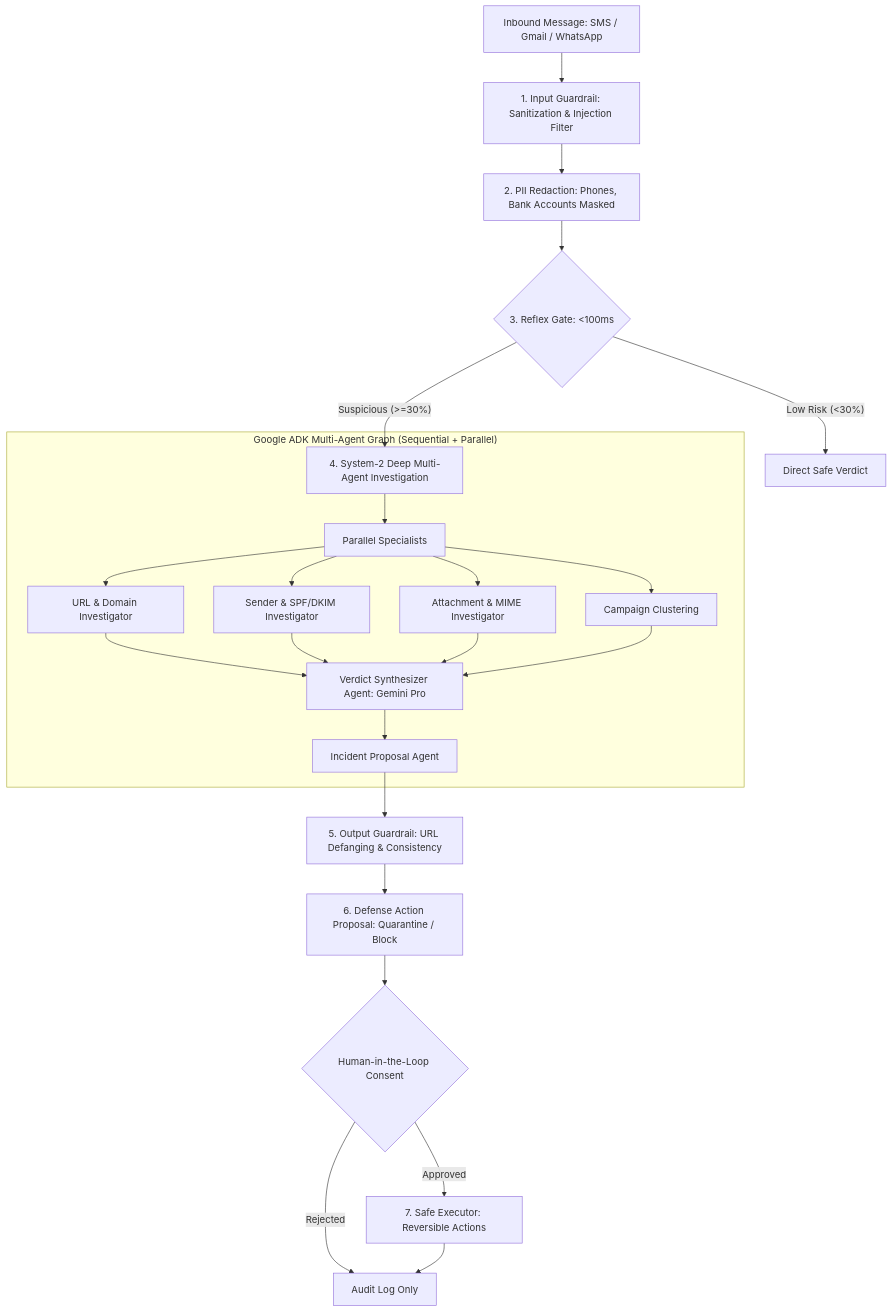
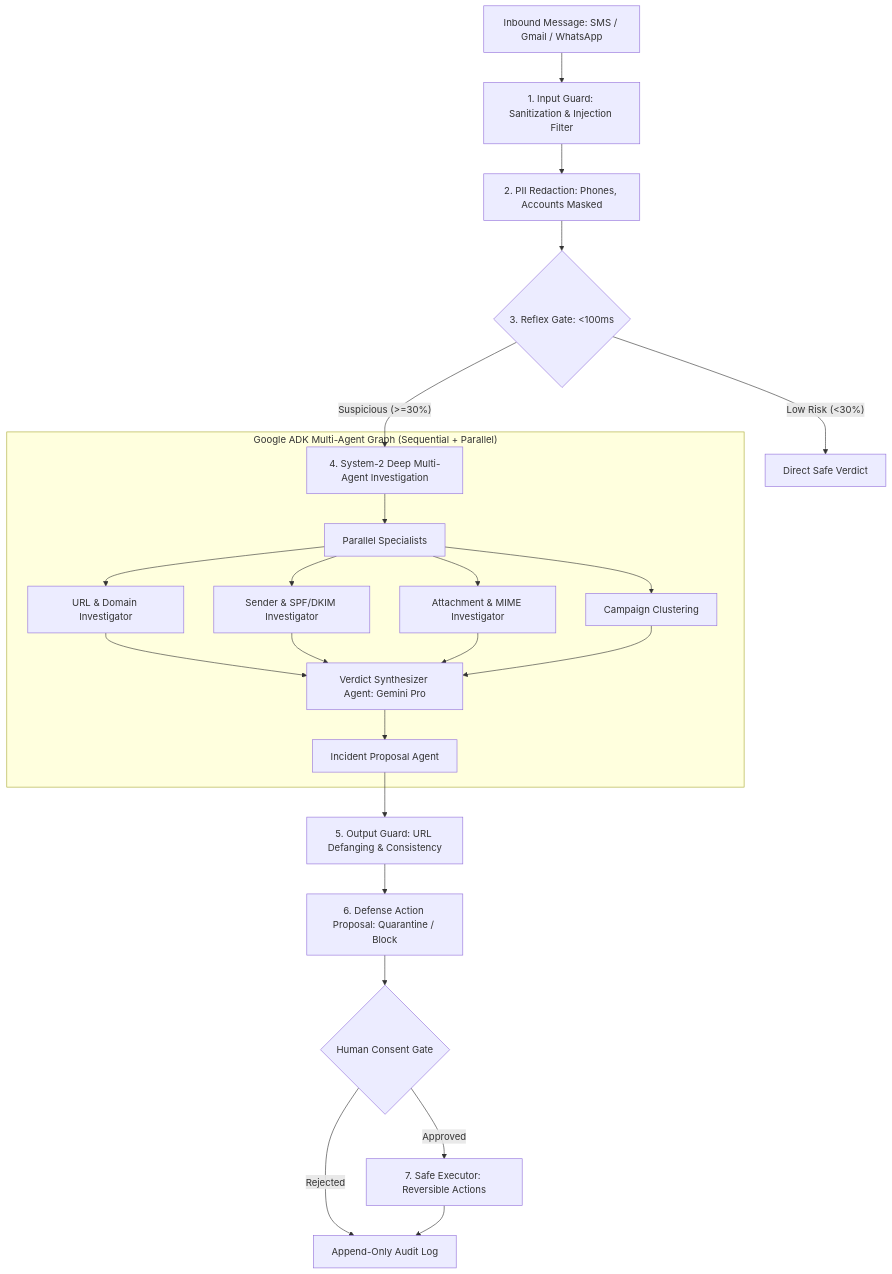
Before and after one commit to NANDAVELAN/scamshield: the diagram in README.md, drawn with Mermaid. The commit also changed other lines of this file, not shown here.

````diff
--- a/README.md
+++ b/README.md
@@ -61,32 +48,30 @@
 ```mermaid
 graph TD
-    Inbound[Inbound Message: SMS / Gmail / WhatsApp] --> InputGuard[1. Input Guardrail: Sanitization & Injection Filter]
-    InputGuard --> Redact[2. PII Redaction: Phones, Bank Accounts Masked]
+    Inbound[Inbound Message: SMS / Gmail / WhatsApp] --> InputGuard[1. Input Guard: Sanitization & Injection Filter]
+    InputGuard --> Redact[2. PII Redaction: Phones, Accounts Masked]
     Redact --> ReflexGate{3. Reflex Gate: <100ms}
     
     ReflexGate -- "Low Risk (<30%)" --> FastVerdict[Direct Safe Verdict]
     ReflexGate -- "Suspicious (>=30%)" --> Investigation[4. System-2 Deep Multi-Agent Investigation]
     
     subgraph "Google ADK Multi-Agent Graph (Sequential + Parallel)"
         Investigation --> ParallelAgents["Parallel Specialists"]
         ParallelAgents --> URLAgent[URL & Domain Investigator]
         ParallelAgents --> SenderAgent[Sender & SPF/DKIM Investigator]
         ParallelAgents --> AttachAgent[Attachment & MIME Investigator]
         ParallelAgents --> CampaignAgent[Campaign Clustering]
         
         URLAgent --> Synthesizer[Verdict Synthesizer Agent: Gemini Pro]
         SenderAgent --> Synthesizer
         AttachAgent --> Synthesizer
         CampaignAgent --> Synthesizer
         Synthesizer --> IncidentAgent[Incident Proposal Agent]
     end
     
-    IncidentAgent --> OutputGuard[5. Output Guardrail: URL Defanging & Consistency]
+    IncidentAgent --> OutputGuard[5. Output Guard: URL Defanging & Consistency]
     OutputGuard --> ProposedAction[6. Defense Action Proposal: Quarantine / Block]
-    
-    ProposedAction --> HumanGate{Human-in-the-Loop Consent}
+    ProposedAction --> HumanGate{Human Consent Gate}
     HumanGate -- Approved --> Executor[7. Safe Executor: Reversible Actions]
-    HumanGate -- Rejected --> AuditLog[Audit Log Only]
-    
+    HumanGate -- Rejected --> AuditLog[Append-Only Audit Log]
     Executor --> AuditLog
 ```
````
